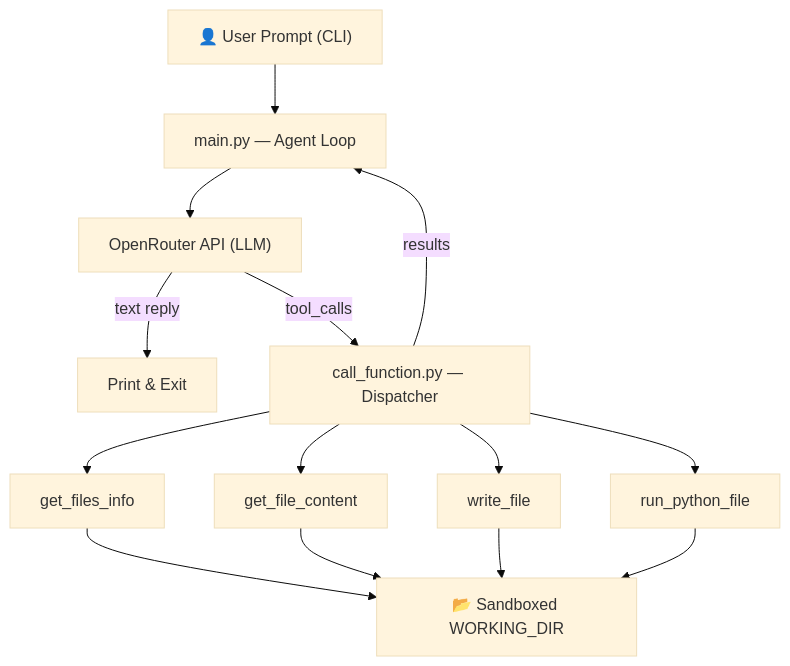
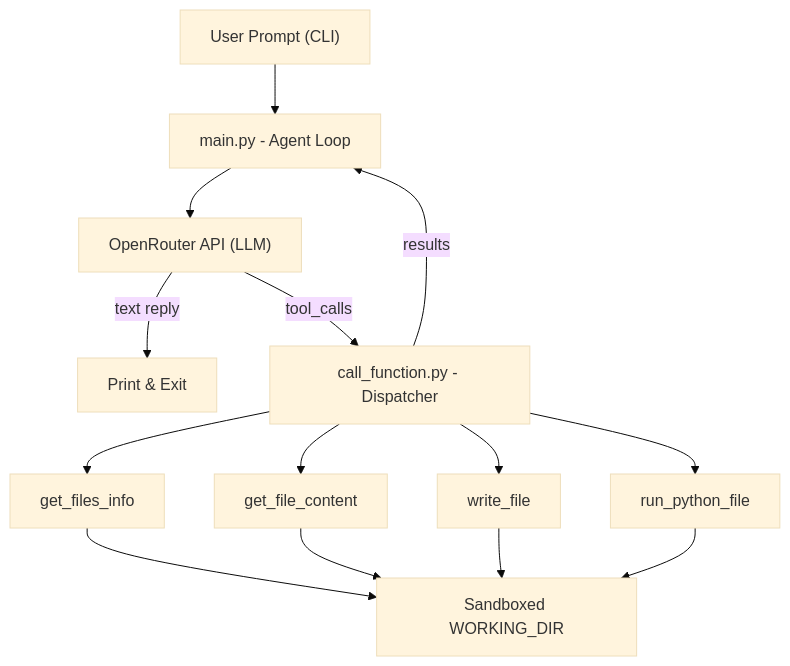
The diagram in README.md (brokenCart/coding-agent), drawn with Mermaid (base theme) before and after one commit. The commit also changed other lines of this file, not shown here.

````diff
--- a/README.md
+++ b/README.md
@@ -18,13 +85,13 @@
 ```mermaid
 flowchart TD
-    A["👤 User Prompt (CLI)"] --> B["main.py — Agent Loop"]
+    A["User Prompt (CLI)"] --> B["main.py - Agent Loop"]
     B --> C["OpenRouter API (LLM)"]
     C -->|text reply| D["Print & Exit"]
-    C -->|tool_calls| E["call_function.py — Dispatcher"]
+    C -->|tool_calls| E["call_function.py - Dispatcher"]
     E --> F["get_files_info"]
     E --> G["get_file_content"]
     E --> H["write_file"]
     E --> I["run_python_file"]
-    F & G & H & I --> J["📂 Sandboxed WORKING_DIR"]
+    F & G & H & I --> J["Sandboxed WORKING_DIR"]
     E -->|results| B
 ```
````
